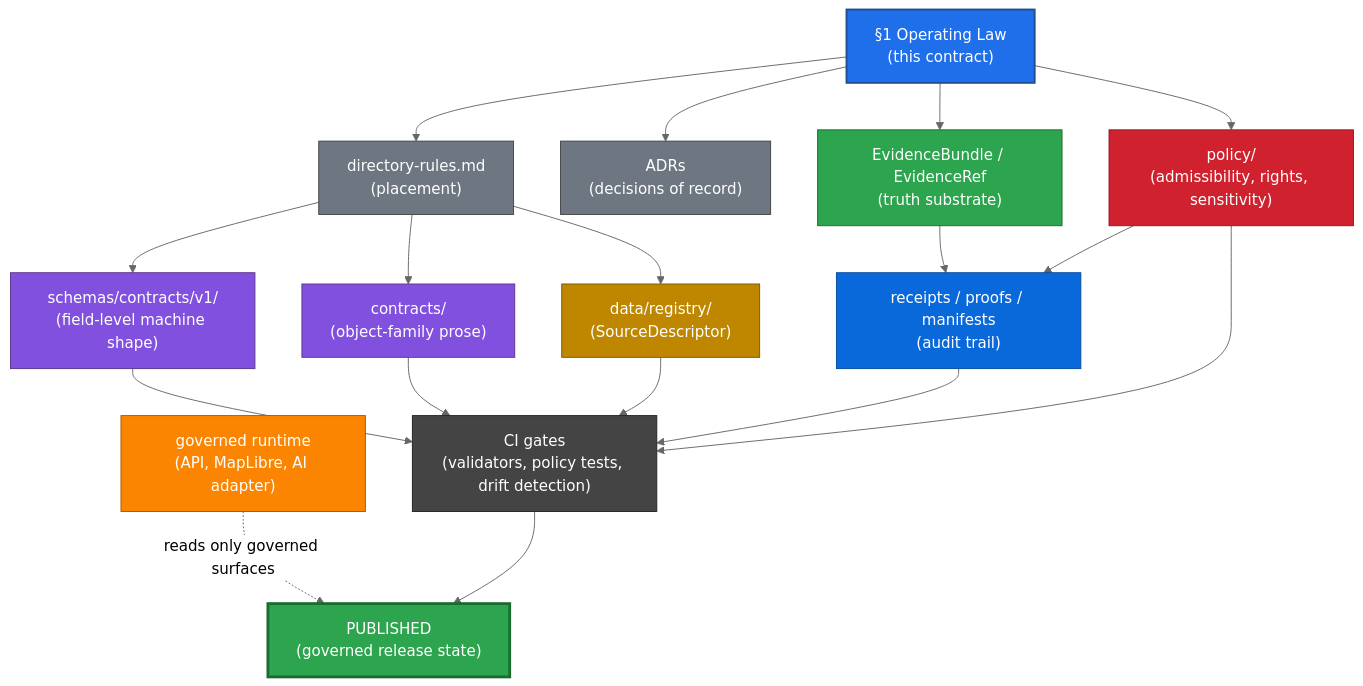
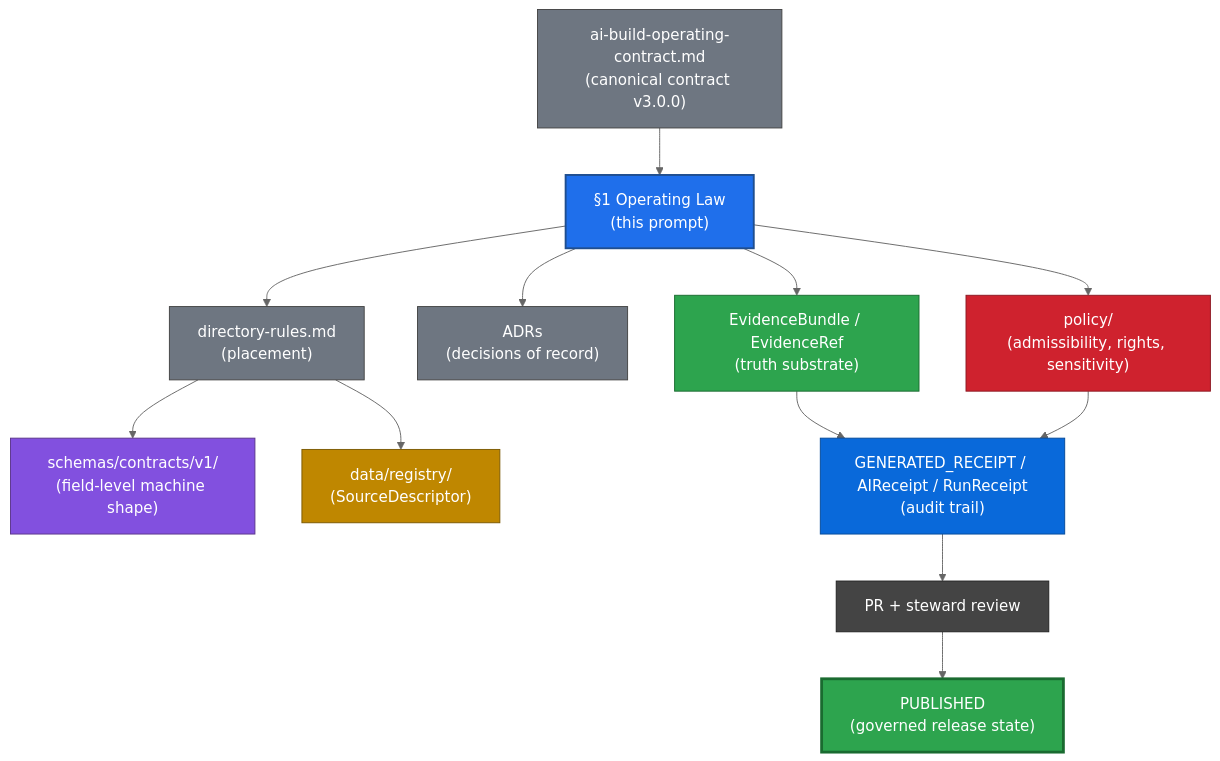
The first of 2 diagrams in docs/doctrine/ai-build-operating-contract.md (bartytime4life/Kansas-Frontier-Matrix), drawn with Mermaid (neutral theme) before and after one commit. The commit also changed other lines of this file, not shown here.

````diff
--- a/docs/doctrine/ai-build-operating-contract.md
+++ b/docs/doctrine/ai-build-operating-contract.md
@@ -253,43 +278,36 @@
 ```mermaid
 flowchart TB
-    OL["§1 Operating Law<br/>(this contract)"]:::law
+    OL["§1 Operating Law<br/>(this prompt)"]:::law
+    CONTRACT["ai-build-operating-contract.md<br/>(canonical contract v3.0.0)"]:::doctrine
     DR["directory-rules.md<br/>(placement)"]:::doctrine
     ADR["ADRs<br/>(decisions of record)"]:::doctrine
     EVID["EvidenceBundle / EvidenceRef<br/>(truth substrate)"]:::evidence
     POL["policy/<br/>(admissibility, rights, sensitivity)"]:::policy
     SCH["schemas/contracts/v1/<br/>(field-level machine shape)"]:::schema
-    CON["contracts/<br/>(object-family prose)"]:::schema
     REG["data/registry/<br/>(SourceDescriptor)"]:::registry
-    REC["receipts / proofs / manifests<br/>(audit trail)"]:::receipt
-    RUN["governed runtime<br/>(API, MapLibre, AI adapter)"]:::runtime
-    CI["CI gates<br/>(validators, policy tests, drift detection)"]:::ci
+    REC["GENERATED_RECEIPT / AIReceipt / RunReceipt<br/>(audit trail)"]:::receipt
+    PR["PR + steward review"]:::ci
     PUB["PUBLISHED<br/>(governed release state)"]:::published
 
+    CONTRACT --> OL
     OL --> DR
     OL --> ADR
     OL --> EVID
     OL --> POL
     DR --> SCH
-    DR --> CON
     DR --> REG
     EVID --> REC
     POL --> REC
-    SCH --> CI
-    CON --> CI
-    REG --> CI
-    POL --> CI
-    REC --> CI
-    CI --> PUB
-    RUN -.->|reads only governed surfaces| PUB
+    REC --> PR
+    PR --> PUB
 
     classDef law fill:#1f6feb,stroke:#1f4e8f,color:#fff,stroke-width:2px
     classDef doctrine fill:#6e7681,stroke:#444,color:#fff
     classDef evidence fill:#2da44e,stroke:#1a6b30,color:#fff
     classDef policy fill:#cf222e,stroke:#8c1822,color:#fff
     classDef schema fill:#8250df,stroke:#5a358a,color:#fff
     classDef registry fill:#bf8700,stroke:#7a5800,color:#fff
     classDef receipt fill:#0969da,stroke:#054a99,color:#fff
-    classDef runtime fill:#fb8500,stroke:#a85700,color:#fff
     classDef ci fill:#444,stroke:#222,color:#fff
     classDef published fill:#2da44e,stroke:#1a6b30,color:#fff,stroke-width:3px
 ```
````
